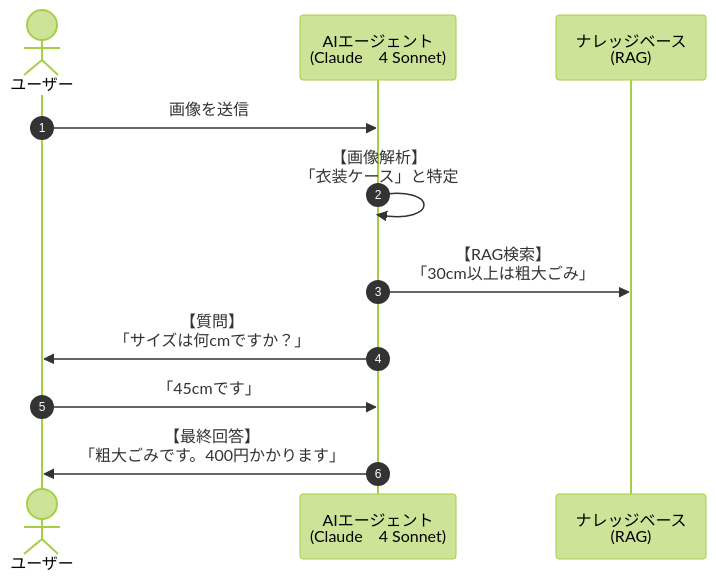
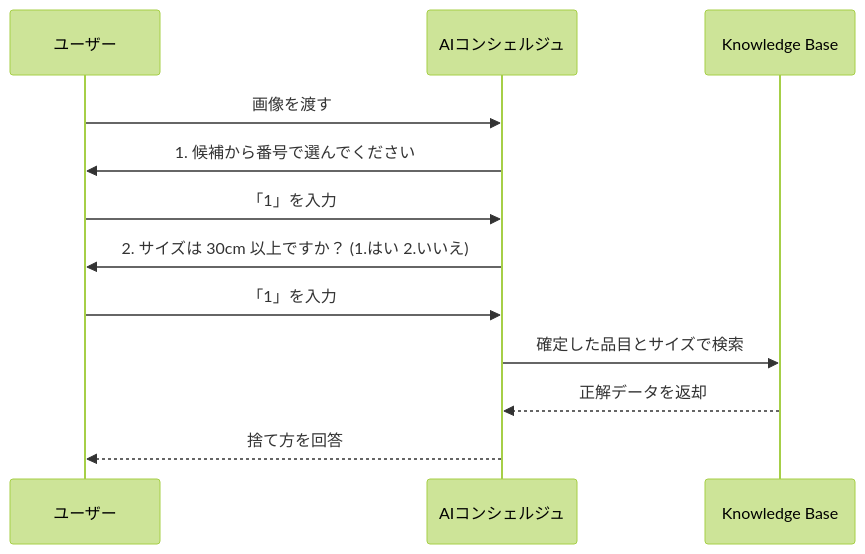
Before and after one commit to awk256/strandsagents: the diagram in 81.BedrockKnowledgeBase/81-10.足立区の壮大ごみ判別＋.md, drawn with Mermaid (forest theme). The commit also changed other lines of this file and 13 other files, not shown here.

````diff
--- a/81.BedrockKnowledgeBase/81-10.足立区の壮大ごみ判別＋.md
+++ b/81.BedrockKnowledgeBase/81-10.足立区の壮大ごみ判別＋.md
@@ -35,14 +35,15 @@
 ```mermaid
 sequenceDiagram
-    autonumber
-    actor User as ユーザー
-    participant AI as AIエージェント<br/>(Claude　4 Sonnet)
-    participant KB as ナレッジベース<br/>(RAG)
+    participant User as ユーザー
+    participant AI as AIコンシェルジュ
+    participant KB as Knowledge Base
 
-    User->>AI: 画像を送信
-    AI->>AI: 【画像解析】<br/>「衣装ケース」と特定
-    AI->>KB: 【RAG検索】<br/>「30cm以上は粗大ごみ」
-    AI->>User: 【質問】<br/>「サイズは何cmですか？」
-    User->>AI: 「45cmです」
-    AI->>User: 【最終回答】<br/>「粗大ごみです。400円かかります」
+    User->>AI: 画像を渡す
+    AI->>User: 1. 候補から番号で選んでください
+    User->>AI: 「1」を入力
+    AI->>User: 2. サイズは 30cm 以上ですか？ (1.はい 2.いいえ)
+    User->>AI: 「1」を入力
+    AI->>KB: 確定した品目とサイズで検索
+    KB-->>AI: 正解データを返却
+    AI-->>User: 捨て方を回答
 ```
````
